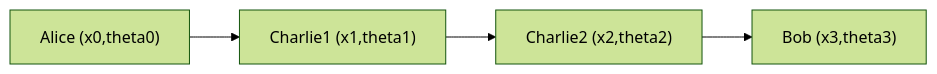
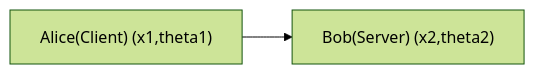
The diagram in Q_oblivious_transfer/README.md (syralie/applications_on_qline), drawn with Mermaid (forest theme) before and after one commit. The commit also changed other lines of this file, not shown here.

````diff
--- a/Q_oblivious_transfer/README.md
+++ b/Q_oblivious_transfer/README.md
@@ -7,10 +18,6 @@
 ```mermaid
 graph LR
-    A["Alice (x0,theta0)"]
-    B["Charlie1 (x1,theta1)"]
-    C["Charlie2 (x2,theta2)"]
-    D["Bob (x3,theta3)"]
+    A["Alice(Client) (x1,theta1)"]
+    B["Bob(Server) (x2,theta2)"]
     A --> B
-    B --> C
-    C --> D
 ```
````
